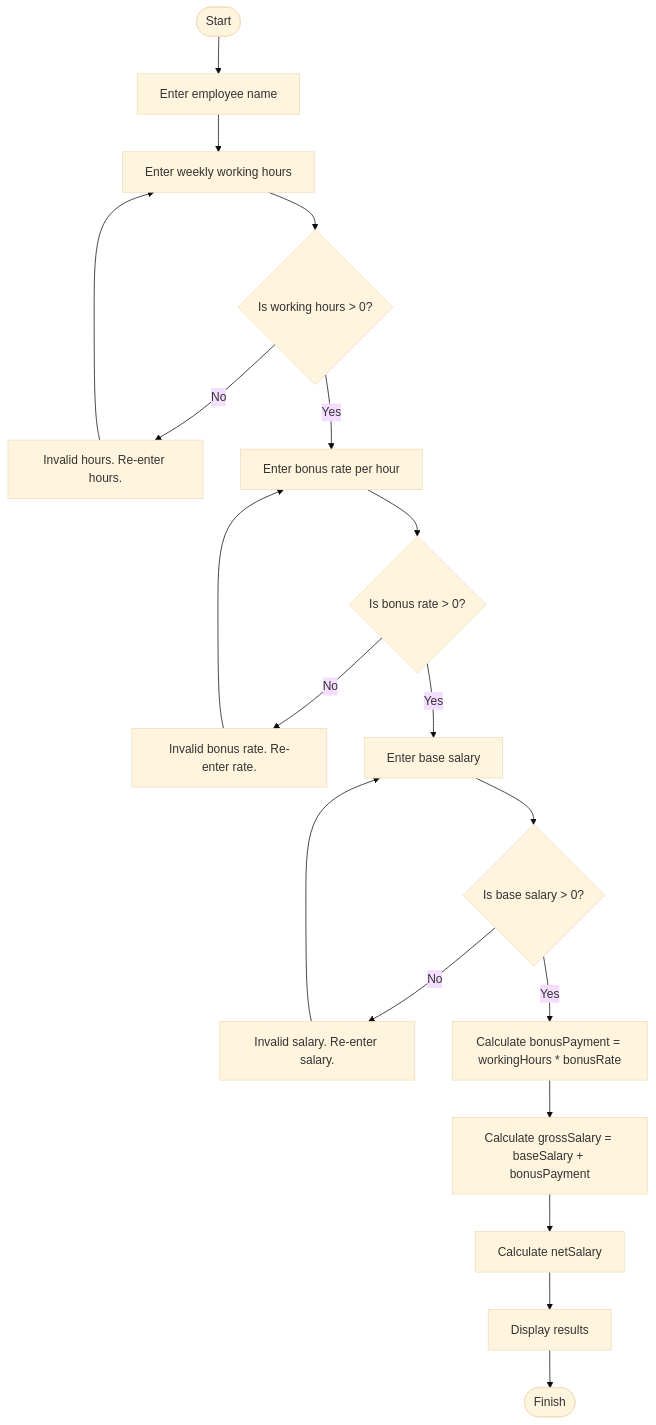
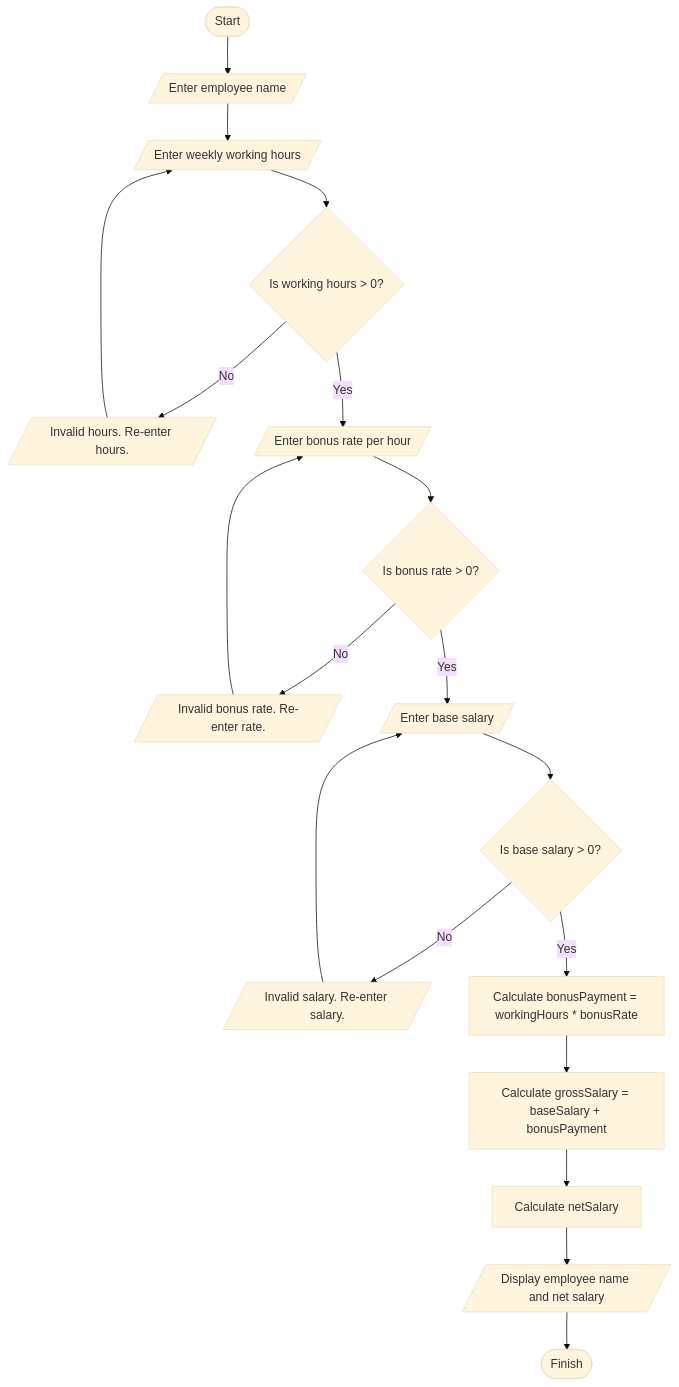
One commit to SWEG-2016EC-Batch/The-5-Bits changed the diagram in ETS1116_Nebiyu_Yalemgeta/salary_calc.md. Above: the diagram before and after it, drawn with Mermaid (base theme).

````diff
--- a/ETS1116_Nebiyu_Yalemgeta/salary_calc.md
+++ b/ETS1116_Nebiyu_Yalemgeta/salary_calc.md
@@ -31,20 +31,24 @@
 ```mermaid
 flowchart TD
-    start([Start]) --> inputName[Enter employee name]
-    inputName --> inputHours[Enter weekly working hours]
+    start([Start]) --> inputName[/Enter employee name/]
+    inputName --> inputHours[/Enter weekly working hours/]
     inputHours --> validateHours{Is working hours > 0?}
-    validateHours -->|No| errorHours[Invalid hours. Re-enter hours.] --> inputHours
-    validateHours -->|Yes| inputBonus[Enter bonus rate per hour]
+    validateHours -->|No| errorHours[/Invalid hours. Re-enter hours./]
+    errorHours --> inputHours
+    validateHours -->|Yes| inputBonus[/Enter bonus rate per hour/]
     inputBonus --> validateBonus{Is bonus rate > 0?}
-    validateBonus -->|No| errorBonus[Invalid bonus rate. Re-enter rate.] --> inputBonus
-    validateBonus -->|Yes| inputSalary[Enter base salary]
+    validateBonus -->|No| errorBonus[/Invalid bonus rate. Re-enter rate./]
+    errorBonus --> inputBonus
+    validateBonus -->|Yes| inputSalary[/Enter base salary/]
     inputSalary --> validateSalary{Is base salary > 0?}
-    validateSalary -->|No| errorSalary[Invalid salary. Re-enter salary.] --> inputSalary
+    validateSalary -->|No| errorSalary[/Invalid salary. Re-enter salary./]
+    errorSalary --> inputSalary
     validateSalary -->|Yes| calculateBonus[Calculate bonusPayment = workingHours * bonusRate]
     calculateBonus --> calculateGross[Calculate grossSalary = baseSalary + bonusPayment]
     calculateGross --> calculateNet[Calculate netSalary]
-    calculateNet --> displayResults[Display results]
-    displayResults --> finish([Finish])
+    calculateNet --> displayResult[/Display employee name and net salary/]
+    displayResult --> finish([Finish])
+
 
 
 ```
````
